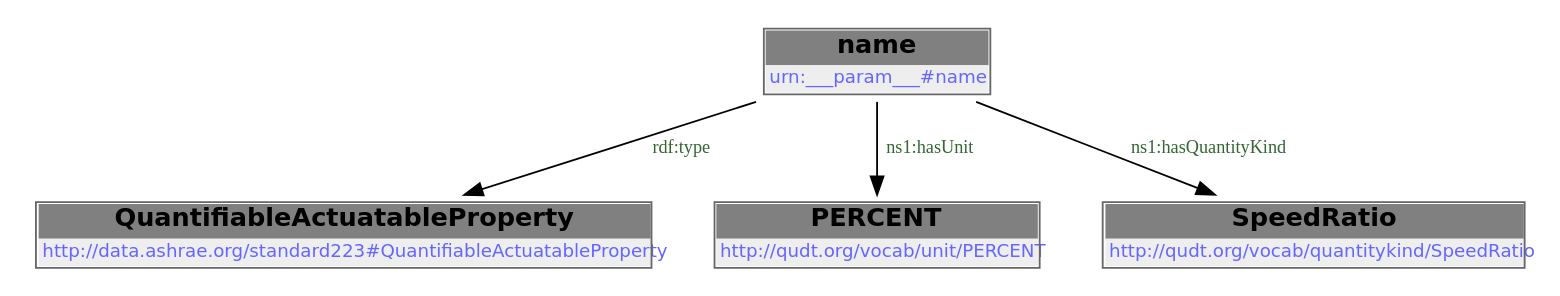
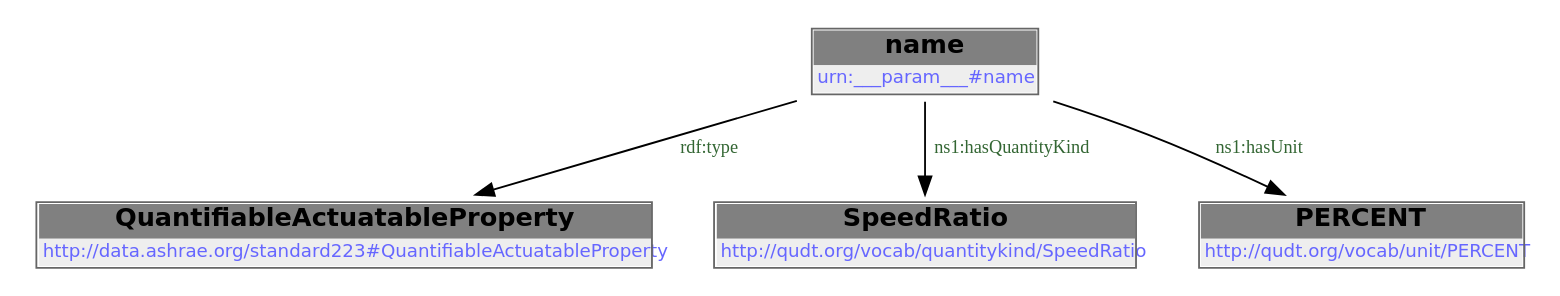
Before and after one commit to DataDrivenCPS/water-ontology: the second of 2 diagrams in docs/libraries/templates/speed-command.rst, drawn with Graphviz. The commit also changed other lines of this file and 33 other files, not shown here.

```diff
--- a/docs/libraries/templates/speed-command.rst
+++ b/docs/libraries/templates/speed-command.rst
@@ -75,12 +75,12 @@
         .. graphviz::
 
                 digraph G {
             node [fontname="DejaVu Sans"];
             node0 -> node1 [color=BLACK, label=< <font point-size='10' color='#336633'>rdf:type</font> >];
-            node0 -> node2 [color=BLACK, label=< <font point-size='10' color='#336633'>ns1:hasUnit</font> >];
-            node0 -> node3 [color=BLACK, label=< <font point-size='10' color='#336633'>ns1:hasQuantityKind</font> >];
+            node0 -> node2 [color=BLACK, label=< <font point-size='10' color='#336633'>ns1:hasQuantityKind</font> >];
+            node0 -> node3 [color=BLACK, label=< <font point-size='10' color='#336633'>ns1:hasUnit</font> >];
             node0 [shape=none, color=black, label=< <table color='#666666' cellborder='0' cellspacing='0' border='1'><tr><td colspan='2' bgcolor='grey'><B>name</B></td></tr><tr><td href='urn:___param___#name' bgcolor='#eeeeee' colspan='2'><font point-size='10' color='#6666ff'>urn:___param___#name</font></td></tr></table> >];
             node1 [shape=none, color=black, label=< <table color='#666666' cellborder='0' cellspacing='0' border='1'><tr><td colspan='2' bgcolor='grey'><B>QuantifiableActuatableProperty</B></td></tr><tr><td href='http://data.ashrae.org/standard223#QuantifiableActuatableProperty' bgcolor='#eeeeee' colspan='2'><font point-size='10' color='#6666ff'>http://data.ashrae.org/standard223#QuantifiableActuatableProperty</font></td></tr></table> >];
-            node2 [shape=none, color=black, label=< <table color='#666666' cellborder='0' cellspacing='0' border='1'><tr><td colspan='2' bgcolor='grey'><B>PERCENT</B></td></tr><tr><td href='http://qudt.org/vocab/unit/PERCENT' bgcolor='#eeeeee' colspan='2'><font point-size='10' color='#6666ff'>http://qudt.org/vocab/unit/PERCENT</font></td></tr></table> >];
-            node3 [shape=none, color=black, label=< <table color='#666666' cellborder='0' cellspacing='0' border='1'><tr><td colspan='2' bgcolor='grey'><B>SpeedRatio</B></td></tr><tr><td href='http://qudt.org/vocab/quantitykind/SpeedRatio' bgcolor='#eeeeee' colspan='2'><font point-size='10' color='#6666ff'>http://qudt.org/vocab/quantitykind/SpeedRatio</font></td></tr></table> >];
+            node2 [shape=none, color=black, label=< <table color='#666666' cellborder='0' cellspacing='0' border='1'><tr><td colspan='2' bgcolor='grey'><B>SpeedRatio</B></td></tr><tr><td href='http://qudt.org/vocab/quantitykind/SpeedRatio' bgcolor='#eeeeee' colspan='2'><font point-size='10' color='#6666ff'>http://qudt.org/vocab/quantitykind/SpeedRatio</font></td></tr></table> >];
+            node3 [shape=none, color=black, label=< <table color='#666666' cellborder='0' cellspacing='0' border='1'><tr><td colspan='2' bgcolor='grey'><B>PERCENT</B></td></tr><tr><td href='http://qudt.org/vocab/unit/PERCENT' bgcolor='#eeeeee' colspan='2'><font point-size='10' color='#6666ff'>http://qudt.org/vocab/unit/PERCENT</font></td></tr></table> >];
             }
```
